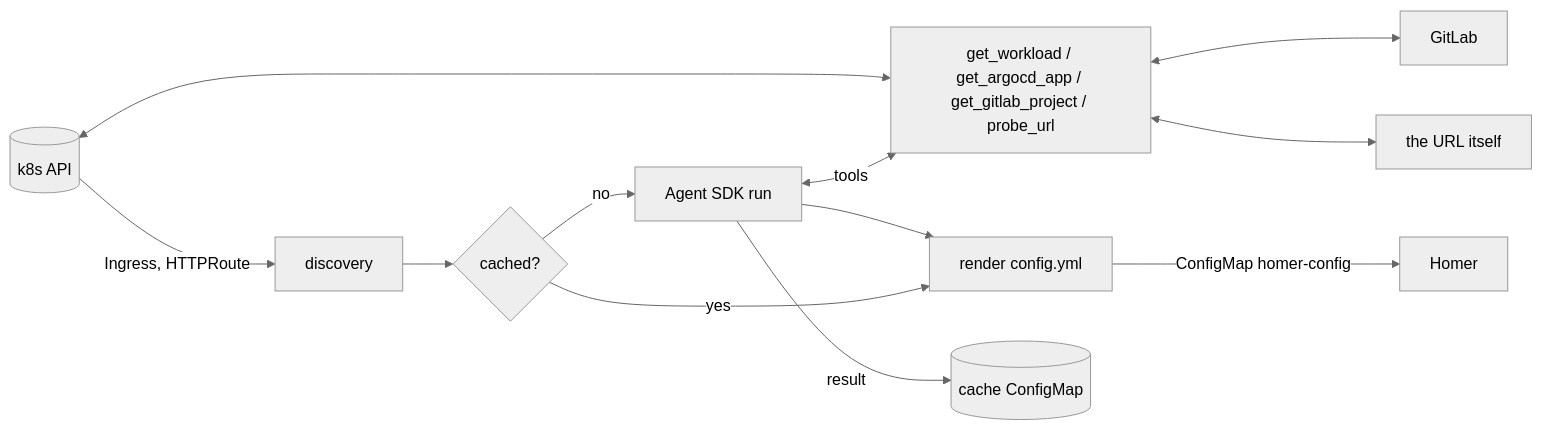
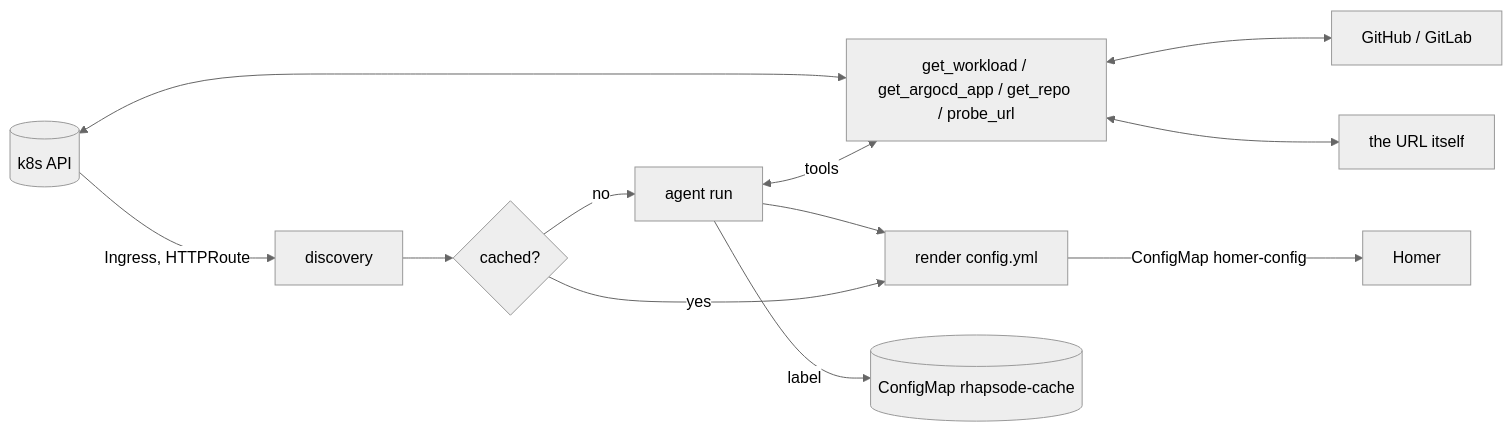
The diagram in README.md (barakplasma/rhapsode), drawn with Mermaid (neutral theme) before and after one commit. The commit also changed other lines of this file and 13 other files, not shown here.

First line of the commit message:
Design doc, GitHub+GitLab repo tool, hardened agent, CI with multi-arch GHCR publish

````diff
--- a/README.md
+++ b/README.md
@@ -5,14 +7,14 @@
 ```mermaid
 flowchart LR
   K[(k8s API)] -->|Ingress, HTTPRoute| D[discovery]
   D --> C{cached?}
-  C -- no --> A[Agent SDK run]
-  A <-->|tools| T[get_workload / get_argocd_app / get_gitlab_project / probe_url]
+  C -- no --> A[agent run]
+  A <-->|tools| T[get_workload / get_argocd_app / get_repo / probe_url]
   T <--> K
-  T <--> G[GitLab]
+  T <--> G[GitHub / GitLab]
   T <--> U[the URL itself]
   C -- yes --> R[render config.yml]
   A --> R
   R -->|ConfigMap homer-config| H[Homer]
-  A -->|result| CA[(cache ConfigMap)]
+  A -->|label| CA[(ConfigMap rhapsode-cache)]
 ```
````
